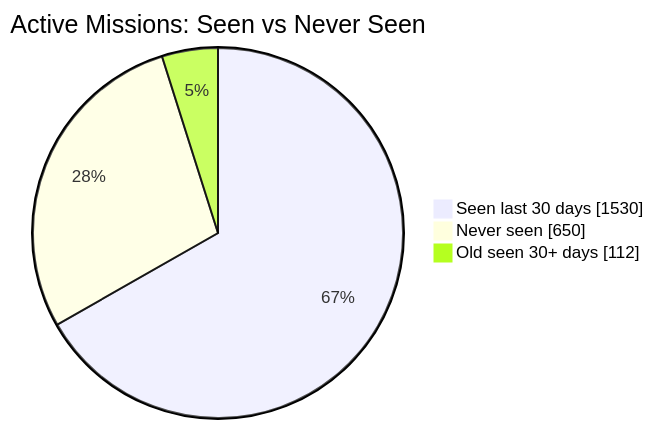
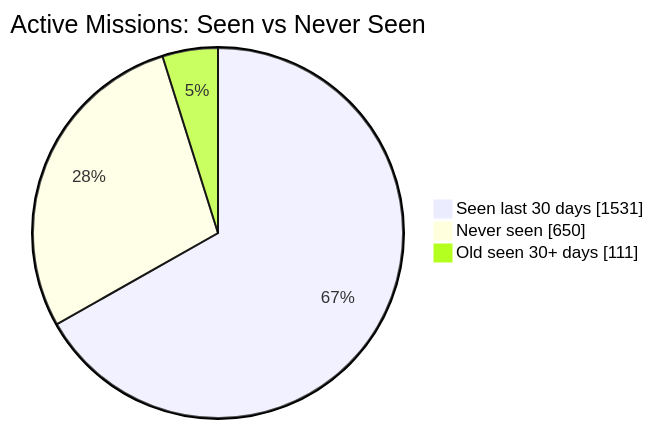
The first of 2 diagrams in README.md (MeldkamerspelGameTeam/active-missions), drawn with Mermaid before and after one commit. The commit also changed other lines of this file and 3 other files, not shown here.

````diff
--- a/README.md
+++ b/README.md
@@ -34,7 +34,7 @@
 ```mermaid
 pie showData
     title Active Missions: Seen vs Never Seen
-    "Seen last 30 days" : 1530
+    "Seen last 30 days" : 1531
     "Never seen" : 650
-    "Old seen 30+ days" : 112
+    "Old seen 30+ days" : 111
 ```
````
